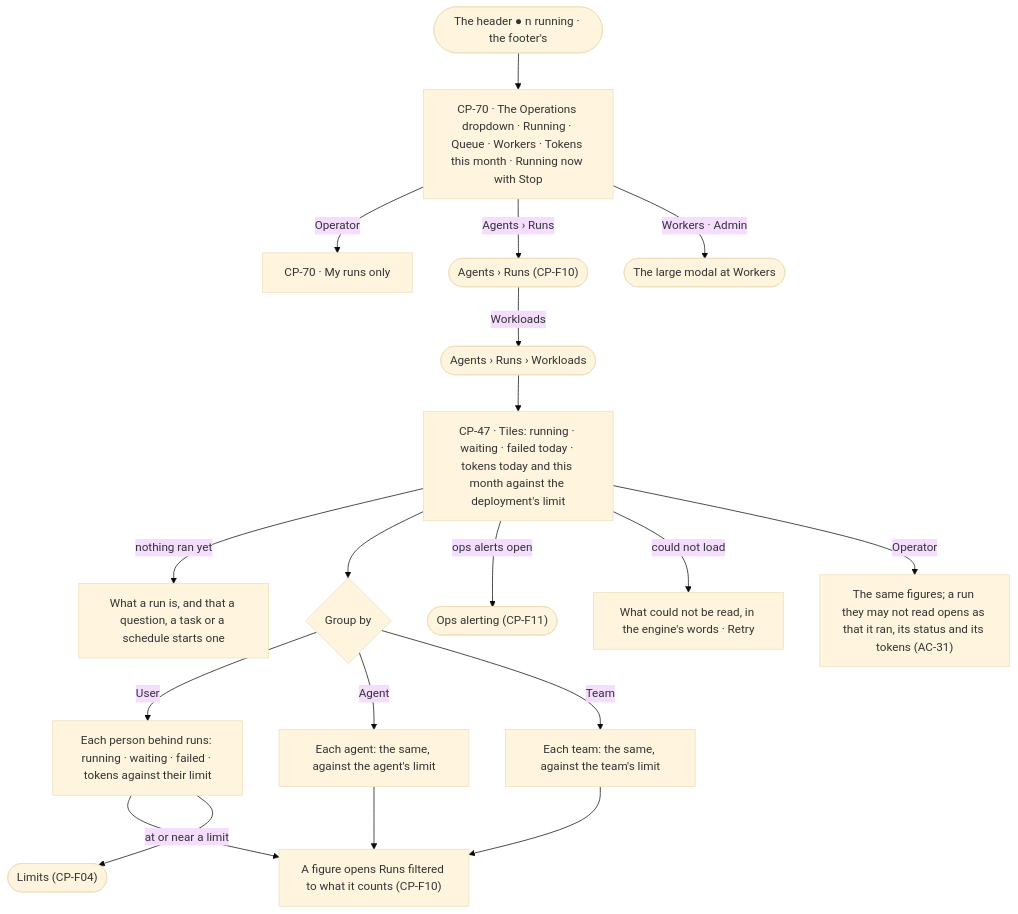
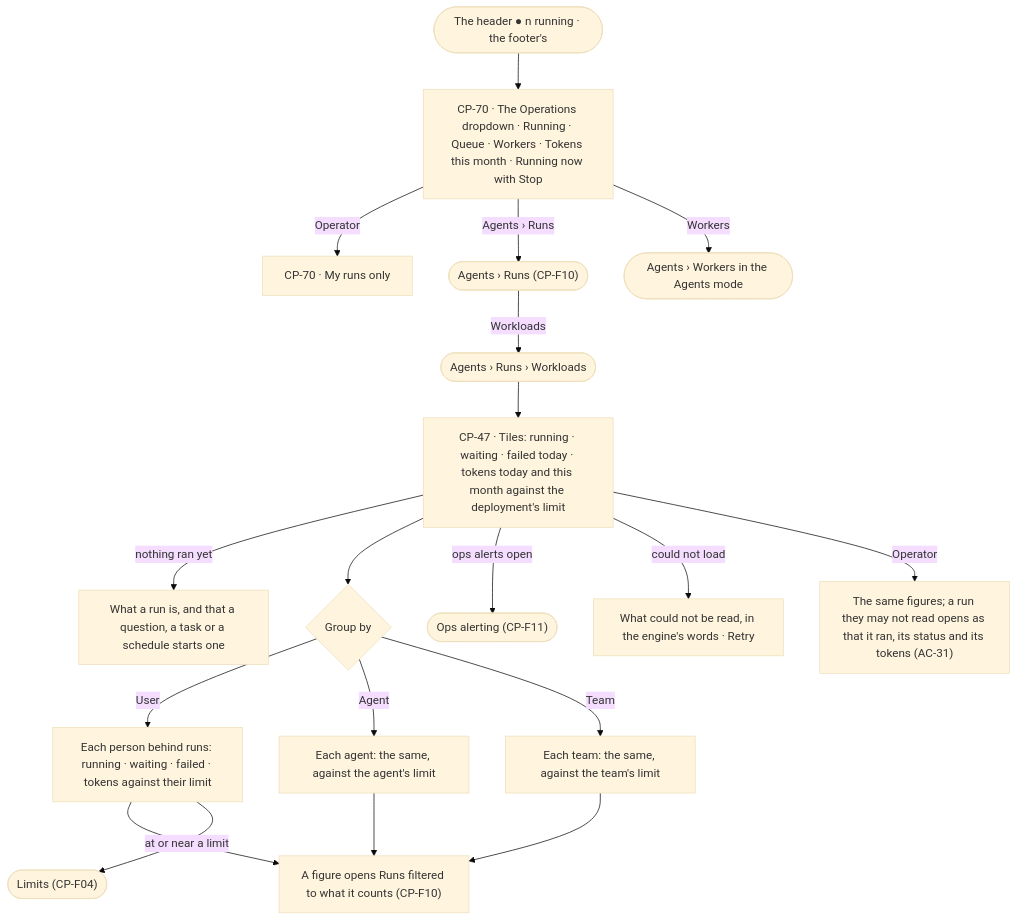
The diagram in specs/os/control/features/CP-F09-overview/feature.md (invana/invana), drawn with Mermaid (base theme) before and after one commit. The commit also changed other lines of this file and 106 other files, not shown here.

First line of the commit message:
docs(specs): access policies replace roles; Agents mode; project access

````diff
--- a/specs/os/control/features/CP-F09-overview/feature.md
+++ b/specs/os/control/features/CP-F09-overview/feature.md
@@ -26,21 +26,21 @@
 ```mermaid
 flowchart TD
   h([The header ● n running · the footer's]) --> od["CP-70 · The Operations dropdown · Running · Queue · Workers · Tokens this month · Running now with Stop"]
   od -->|Operator| odo["CP-70 · My runs only"]
   od -->|Agents › Runs| runs(["Agents › Runs (CP-F10)"])
-  od -->|Workers · Admin| set(["The large modal at Workers"])
+  od -->|Workers| set(["Agents › Workers in the Agents mode"])
   runs -->|Workloads| s
   s([Agents › Runs › Workloads]) --> o["CP-47 · Tiles: running · waiting · failed today · tokens today and this month against the deployment's limit"]
   o -->|nothing ran yet| e["What a run is, and that a question, a task or a schedule starts one"]
   o --> g{"Group by"}
   g -->|User| u["Each person behind runs: running · waiting · failed · tokens against their limit"]
   g -->|Agent| a["Each agent: the same, against the agent's limit"]
   g -->|Team| t["Each team: the same, against the team's limit"]
   u --> f["A figure opens Runs filtered to what it counts (CP-F10)"]
   a --> f
   t --> f
   o -->|ops alerts open| al(["Ops alerting (CP-F11)"])
   u -->|at or near a limit| lim(["Limits (CP-F04)"])
   o -->|could not load| fl["What could not be read, in the engine's words · Retry"]
   o -->|Operator| op["The same figures; a run they may not read opens as that it ran, its status and its tokens (AC-31)"]
 ```
````
